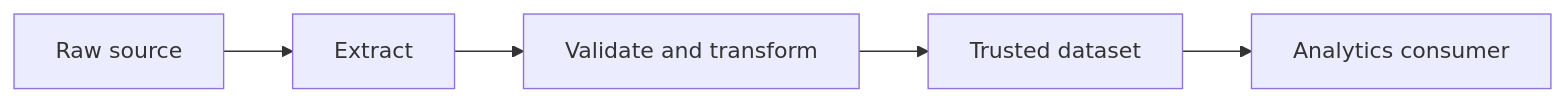
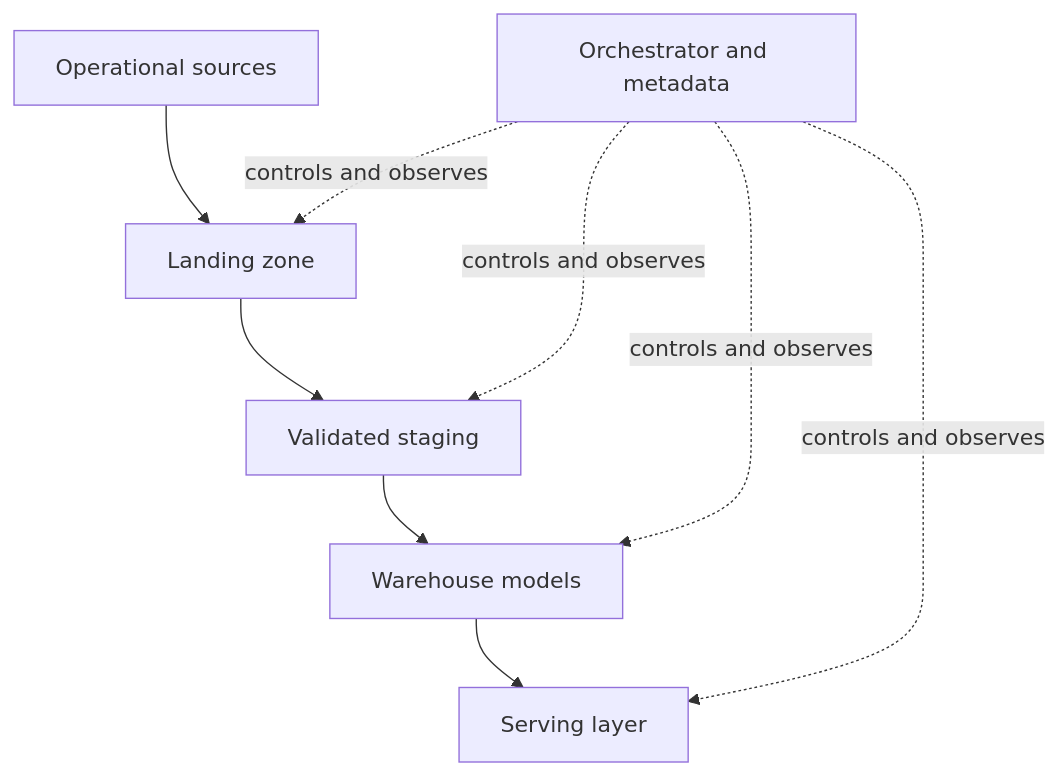
Before and after one commit to tmbuza/databases-and-sql: the diagram in 08-pipeline-case-study-and-architecture.qmd, drawn with Mermaid. The commit also changed other lines of this file and 72 other files, not shown here.

````diff
--- a/08-pipeline-case-study-and-architecture.qmd
+++ b/08-pipeline-case-study-and-architecture.qmd
@@ -11,7 +56,11 @@
 ```{mermaid}
-flowchart LR
-  A["Raw source"] --> B["Extract"]
-  B --> C["Validate and transform"]
-  C --> D["Trusted dataset"]
-  D --> E["Analytics consumer"]
+flowchart TD
+    A["Operational sources"] --> B["Landing zone"]
+    B --> C["Validated staging"]
+    C --> D["Warehouse models"]
+    D --> E["Serving layer"]
+    F["Orchestrator and metadata"] -. controls and observes .-> B
+    F -. controls and observes .-> C
+    F -. controls and observes .-> D
+    F -. controls and observes .-> E
 ```
````
